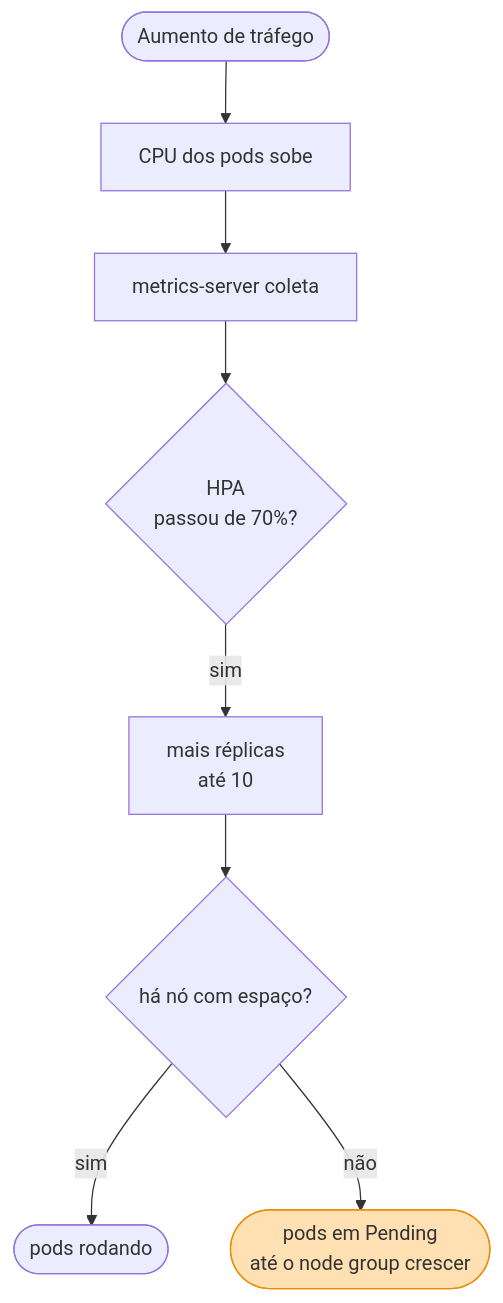
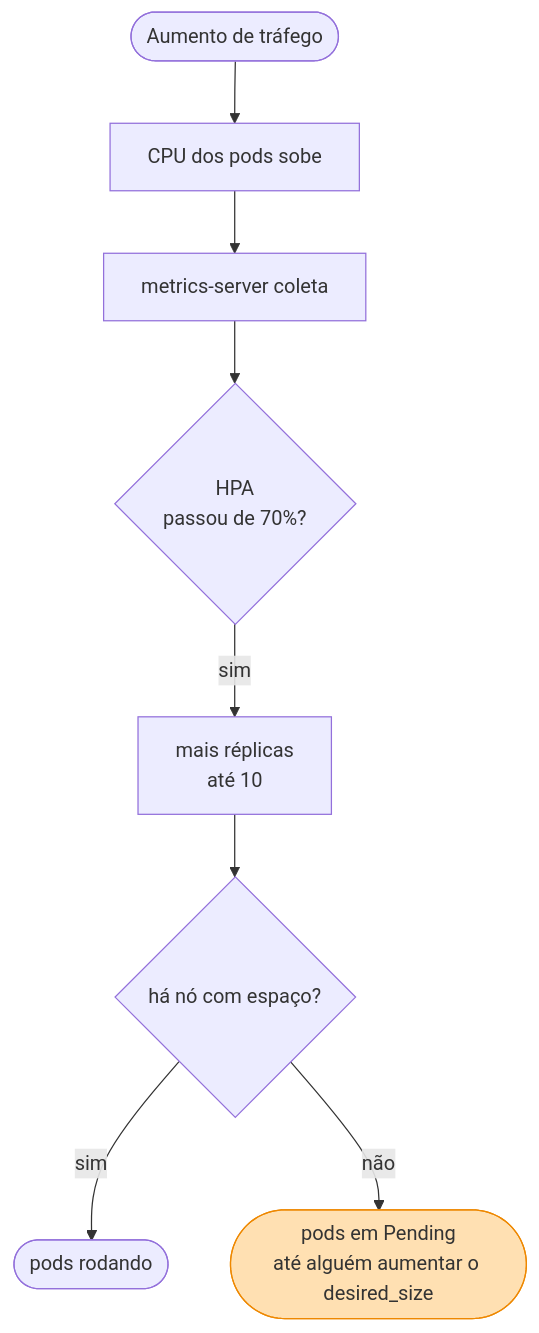
The fourth of 4 diagrams in README.md (Kc1t/postech-tc3-infra-k8s), drawn with Mermaid before and after one commit. The commit also changed other lines of this file and 1 other file, not shown here.

````diff
--- a/README.md
+++ b/README.md
@@ -170,12 +172,12 @@
 ```mermaid
 flowchart TB
     carga(["Aumento de tráfego"]) --> cpu["CPU dos pods sobe"]
     cpu --> ms["metrics-server coleta"]
     ms --> hpa{"HPA<br/>passou de 70%?"}
     hpa -->|sim| mais["mais réplicas<br/>até 10"]
     mais --> cabe{"há nó com espaço?"}
     cabe -->|sim| ok(["pods rodando"])
-    cabe -->|não| pend(["pods em Pending<br/>até o node group crescer"])
+    cabe -->|não| pend(["pods em Pending<br/>até alguém aumentar o desired_size"])
 
     style pend fill:#ffe0b2,stroke:#e80
 ```
````
